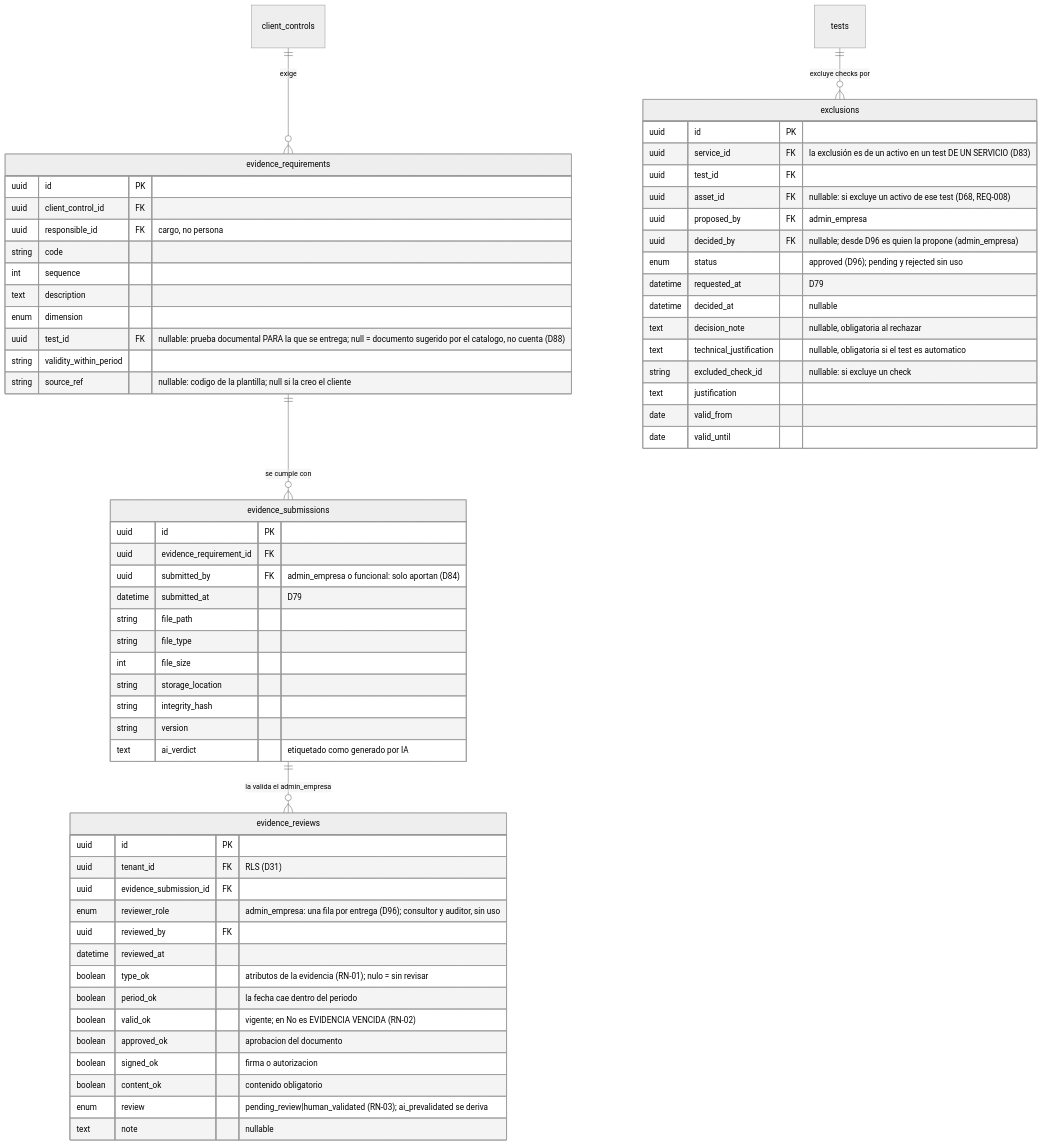
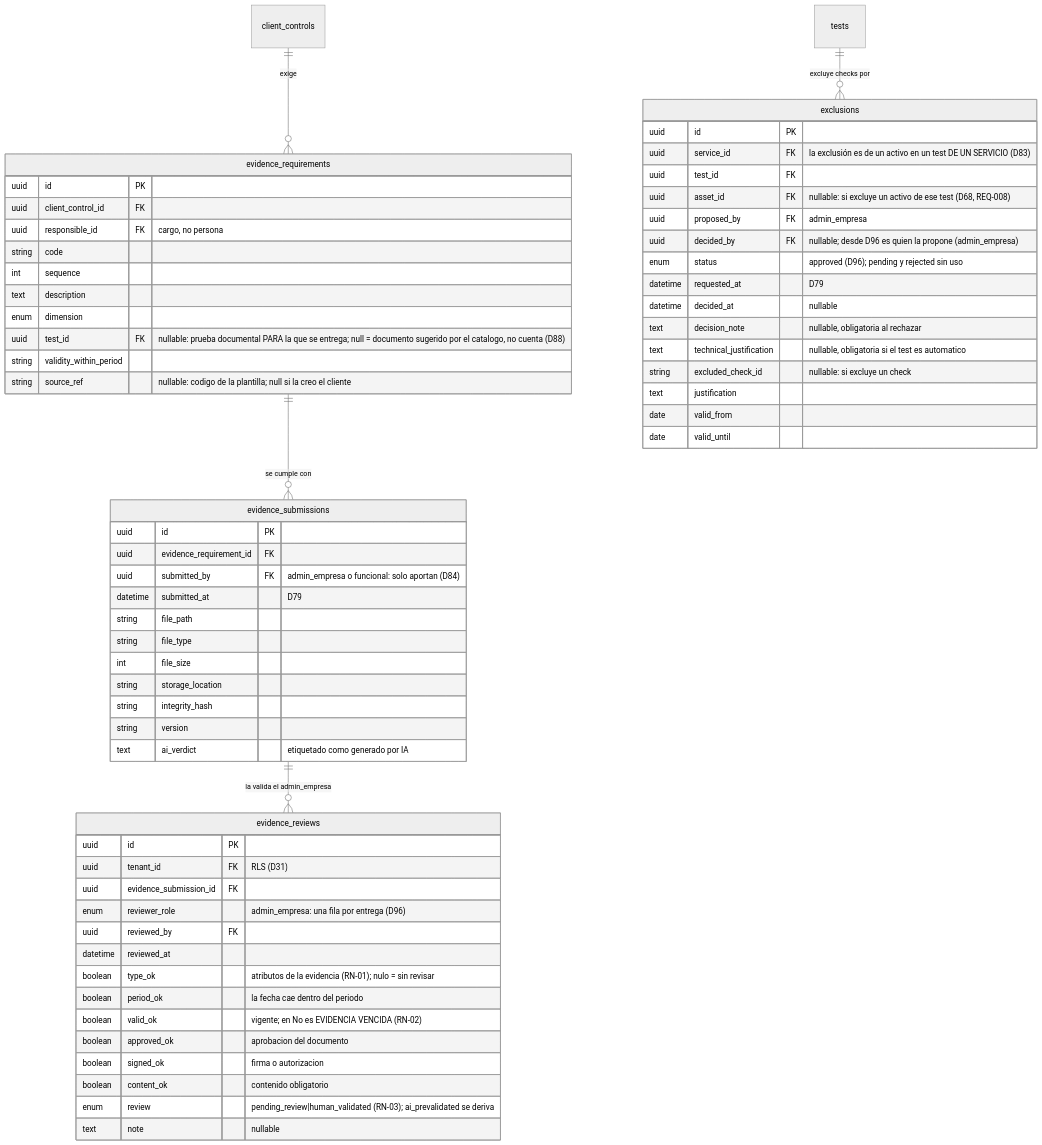
The third of 5 diagrams in skills/product/monkey-compliance-council/references/datos/modelo/07-cumplimiento.md (Monkey-GRC/Monkey-Brain-IA), drawn with Mermaid (neutral theme) before and after one commit. The commit also changed other lines of this file and 26 other files, not shown here.

````diff
--- a/skills/product/monkey-compliance-council/references/datos/modelo/07-cumplimiento.md
+++ b/skills/product/monkey-compliance-council/references/datos/modelo/07-cumplimiento.md
@@ -229,65 +229,65 @@
 ```mermaid
 erDiagram
     evidence_requirements {
         uuid id PK
         uuid client_control_id FK
         uuid responsible_id FK "cargo, no persona"
         string code
         int sequence
         text description
         enum dimension
         uuid test_id FK "nullable: prueba documental PARA la que se entrega; null = documento sugerido por el catalogo, no cuenta (D88)"
         string validity_within_period
         string source_ref "nullable: codigo de la plantilla; null si la creo el cliente"
     }
     evidence_submissions {
         uuid id PK
         uuid evidence_requirement_id FK
         uuid submitted_by FK "admin_empresa o funcional: solo aportan (D84)"
         datetime submitted_at "D79"
         string file_path
         string file_type
         int file_size
         string storage_location
         string integrity_hash
         string version
         text ai_verdict "etiquetado como generado por IA"
     }
     evidence_reviews {
         uuid id PK
         uuid tenant_id FK "RLS (D31)"
         uuid evidence_submission_id FK
-        enum reviewer_role "admin_empresa: una fila por entrega (D96); consultor y auditor, sin uso"
+        enum reviewer_role "admin_empresa: una fila por entrega (D96)"
         uuid reviewed_by FK
         datetime reviewed_at
         boolean type_ok "atributos de la evidencia (RN-01); nulo = sin revisar"
         boolean period_ok "la fecha cae dentro del periodo"
         boolean valid_ok "vigente; en No es EVIDENCIA VENCIDA (RN-02)"
         boolean approved_ok "aprobacion del documento"
         boolean signed_ok "firma o autorizacion"
         boolean content_ok "contenido obligatorio"
         enum review "pending_review|human_validated (RN-03); ai_prevalidated se deriva"
         text note "nullable"
     }
     exclusions {
         uuid id PK
         uuid service_id FK "la exclusión es de un activo en un test DE UN SERVICIO (D83)"
         uuid test_id FK
         uuid asset_id FK "nullable: si excluye un activo de ese test (D68, REQ-008)"
         uuid proposed_by FK "admin_empresa"
         uuid decided_by FK "nullable; desde D96 es quien la propone (admin_empresa)"
         enum status "approved (D96); pending y rejected sin uso"
         datetime requested_at "D79"
         datetime decided_at "nullable"
         text decision_note "nullable, obligatoria al rechazar"
         text technical_justification "nullable, obligatoria si el test es automatico"
         string excluded_check_id "nullable: si excluye un check"
         text justification
         date valid_from
         date valid_until
     }
     client_controls ||--o{ evidence_requirements : "exige"
     evidence_requirements ||--o{ evidence_submissions : "se cumple con"
     evidence_submissions ||--o{ evidence_reviews : "la valida el admin_empresa"
     tests ||--o{ exclusions : "excluye checks por"
 ```
````
